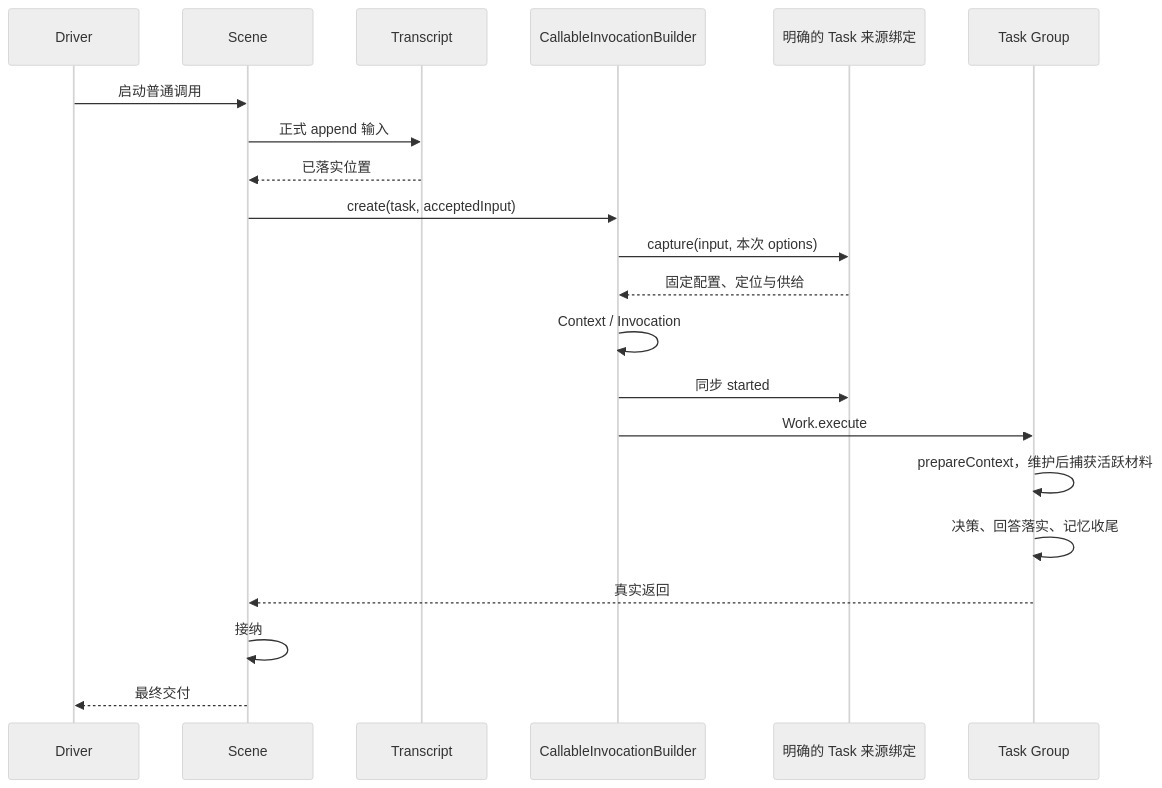
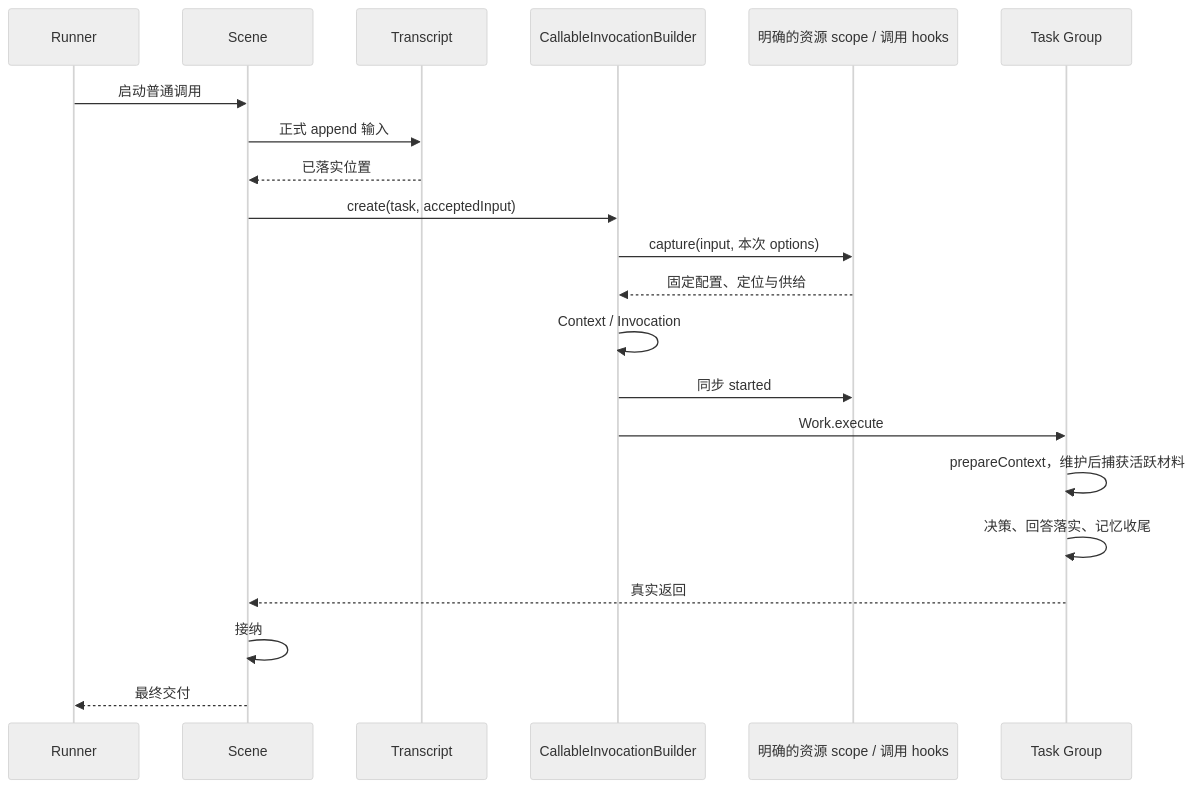
Before and after one commit to weiliang0121/capix: the diagram in docs/runtime-boundaries.md, drawn with Mermaid (neutral theme). The commit also changed other lines of this file and 97 other files, not shown here.

````diff
--- a/docs/runtime-boundaries.md
+++ b/docs/runtime-boundaries.md
@@ -74,23 +70,23 @@
 ```mermaid
 sequenceDiagram
-    participant Driver
+    participant Runner
     participant Scene
     participant Content as Transcript
     participant Builder as CallableInvocationBuilder
-    participant Source as 明确的 Task 来源绑定
+    participant Source as 明确的资源 scope / 调用 hooks
     participant Task as Task Group
-    Driver->>Scene: 启动普通调用
+    Runner->>Scene: 启动普通调用
     Scene->>Content: 正式 append 输入
     Content-->>Scene: 已落实位置
     Scene->>Builder: create(task, acceptedInput)
     Builder->>Source: capture(input, 本次 options)
     Source-->>Builder: 固定配置、定位与供给
     Builder->>Builder: Context / Invocation
     Builder->>Source: 同步 started
     Builder->>Task: Work.execute
     Task->>Task: prepareContext，维护后捕获活跃材料
     Task->>Task: 决策、回答落实、记忆收尾
     Task-->>Scene: 真实返回
     Scene->>Scene: 接纳
-    Scene-->>Driver: 最终交付
+    Scene-->>Runner: 最终交付
 ```
````
